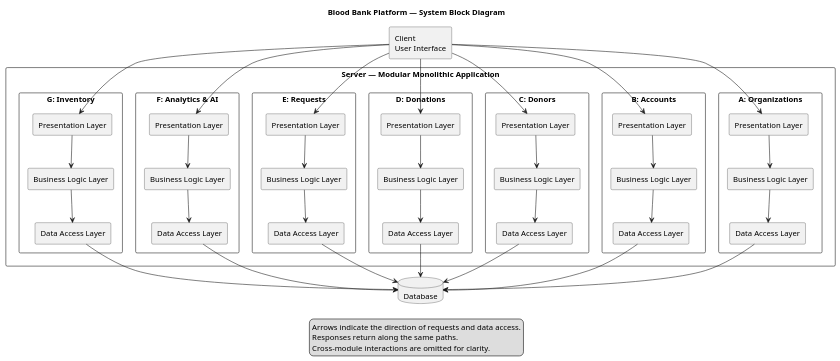
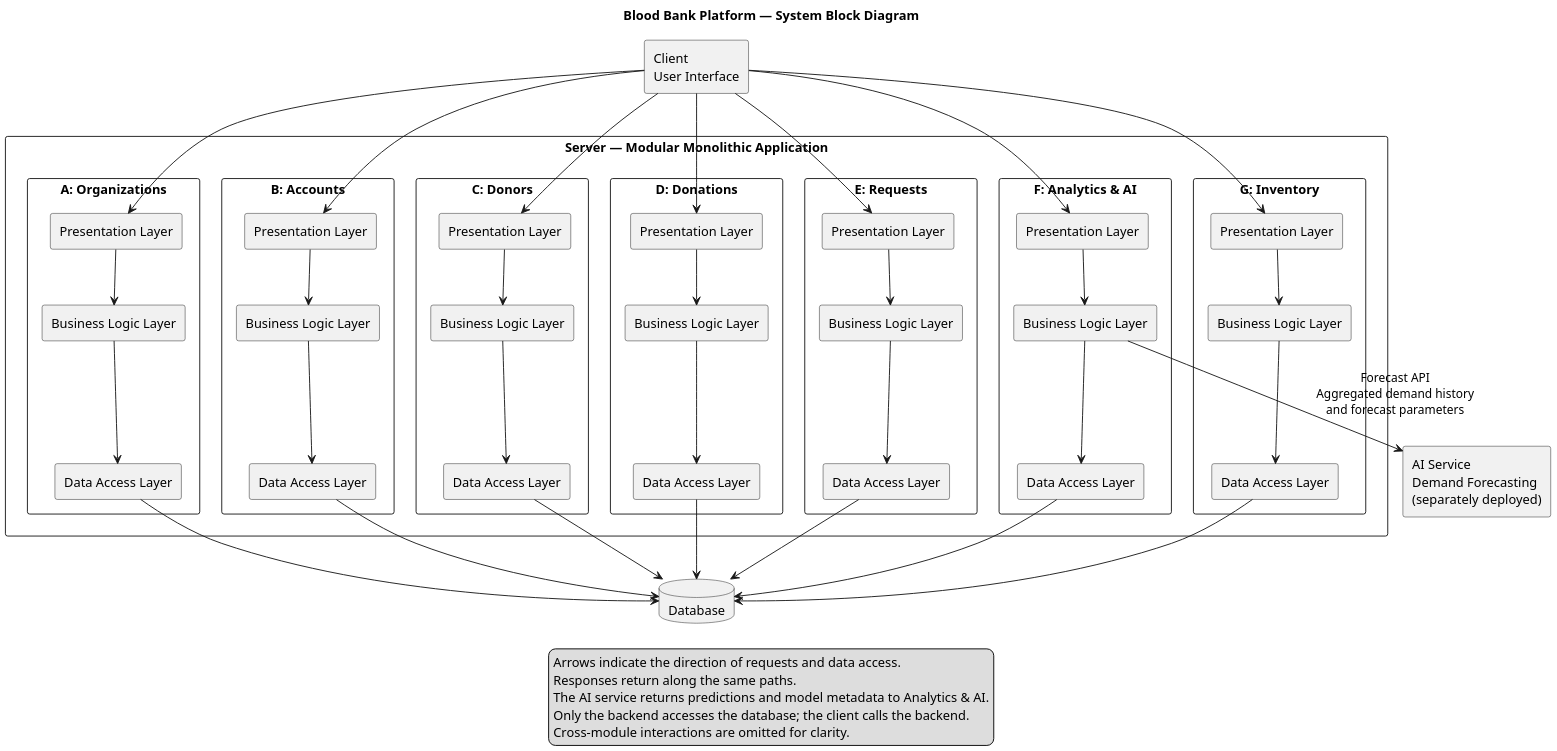
One commit to TitanDevX/BloodBankPlatformUni changed the diagram in docs/architecture/block-diagram-code.puml. Above: the diagram before and after it, drawn with PlantUML. The commit also changed 15 other files, not shown here.

```diff
--- a/docs/architecture/block-diagram-code.puml
+++ b/docs/architecture/block-diagram-code.puml
@@ -1,94 +1,100 @@
 @startuml
 title Blood Bank Platform — System Block Diagram
 
 top to bottom direction
 skinparam componentStyle rectangle
 skinparam shadowing false
 skinparam packageStyle rectangle
+skinparam dpi 160
 
 rectangle "Client\nUser Interface" as Client
 
 package "Server — Modular Monolithic Application" {
 
     package "A: Organizations" {
         rectangle "Presentation Layer" as A1
         rectangle "Business Logic Layer" as A2
         rectangle "Data Access Layer" as A3
         A1 --> A2
         A2 --> A3
     }
 
     package "B: Accounts" {
         rectangle "Presentation Layer" as B1
         rectangle "Business Logic Layer" as B2
         rectangle "Data Access Layer" as B3
         B1 --> B2
         B2 --> B3
     }
 
     package "C: Donors" {
         rectangle "Presentation Layer" as C1
         rectangle "Business Logic Layer" as C2
         rectangle "Data Access Layer" as C3
         C1 --> C2
         C2 --> C3
     }
 
     package "D: Donations" {
         rectangle "Presentation Layer" as D1
         rectangle "Business Logic Layer" as D2
         rectangle "Data Access Layer" as D3
         D1 --> D2
         D2 --> D3
     }
 
     package "E: Requests" {
         rectangle "Presentation Layer" as E1
         rectangle "Business Logic Layer" as E2
         rectangle "Data Access Layer" as E3
         E1 --> E2
         E2 --> E3
     }
 
     package "F: Analytics & AI" {
         rectangle "Presentation Layer" as F1
         rectangle "Business Logic Layer" as F2
         rectangle "Data Access Layer" as F3
         F1 --> F2
         F2 --> F3
     }
 
     package "G: Inventory" {
         rectangle "Presentation Layer" as G1
         rectangle "Business Logic Layer" as G2
         rectangle "Data Access Layer" as G3
         G1 --> G2
         G2 --> G3
     }
 }
 
 database "Database" as DB
+rectangle "AI Service\nDemand Forecasting\n(separately deployed)" as AI
 
 Client --> A1
 Client --> B1
 Client --> C1
 Client --> D1
 Client --> E1
 Client --> F1
 Client --> G1
 
 A3 --> DB
 B3 --> DB
 C3 --> DB
 D3 --> DB
 E3 --> DB
 F3 --> DB
 G3 --> DB
 
+F2 --> AI : Forecast API\nAggregated demand history\nand forecast parameters
+
 legend bottom
     Arrows indicate the direction of requests and data access.
     Responses return along the same paths.
+    The AI service returns predictions and model metadata to Analytics & AI.
+    Only the backend accesses the database; the client calls the backend.
     Cross-module interactions are omitted for clarity.
 endlegend
 
 @enduml
```
